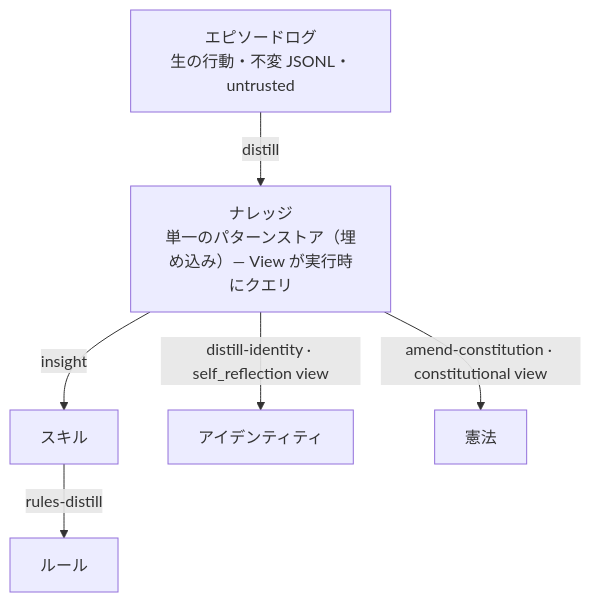
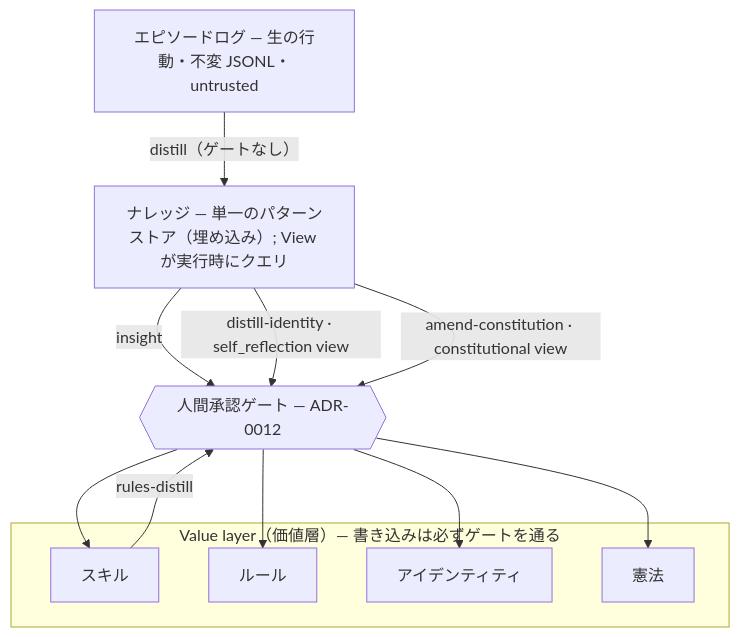
One commit to shimo4228/contemplative-agent changed the diagram in README.ja.md. Above: the diagram before and after it, drawn with Mermaid. The commit also changed other lines of this file and 12 other files, not shown here.

Commit message:
docs: rewrite README constitution-first — value layer front-loaded, ADR-0071..0076 narrative added (+ companion docs sync, ADR-0058 erratum)

````diff
--- a/README.ja.md
+++ b/README.ja.md
@@ -35,10 +44,21 @@
 ```mermaid
 graph TD
-    EL["エピソードログ<br/>生の行動・不変 JSONL・untrusted"]
-    K["ナレッジ<br/>単一のパターンストア（埋め込み）— View が実行時にクエリ"]
-    EL -->|distill| K
-    K -->|insight| Skills["スキル"]
-    Skills -->|rules-distill| Rules["ルール"]
-    K -->|"distill-identity · self_reflection view"| Identity["アイデンティティ"]
-    K -->|"amend-constitution · constitutional view"| Constitution["憲法"]
+    EL["エピソードログ — 生の行動・不変 JSONL・untrusted"]
+    K["ナレッジ — 単一のパターンストア（埋め込み）; View が実行時にクエリ"]
+    G{{"人間承認ゲート — ADR-0012"}}
+    EL -->|"distill（ゲートなし）"| K
+    K -->|insight| G
+    K -->|"distill-identity · self_reflection view"| G
+    K -->|"amend-constitution · constitutional view"| G
+    Skills -->|rules-distill| G
+    subgraph VL["Value layer（価値層）— 書き込みは必ずゲートを通る"]
+        Skills["スキル"]
+        Rules["ルール"]
+        Identity["アイデンティティ"]
+        Constitution["憲法"]
+    end
+    G --> Skills
+    G --> Rules
+    G --> Identity
+    G --> Constitution
 ```
````
